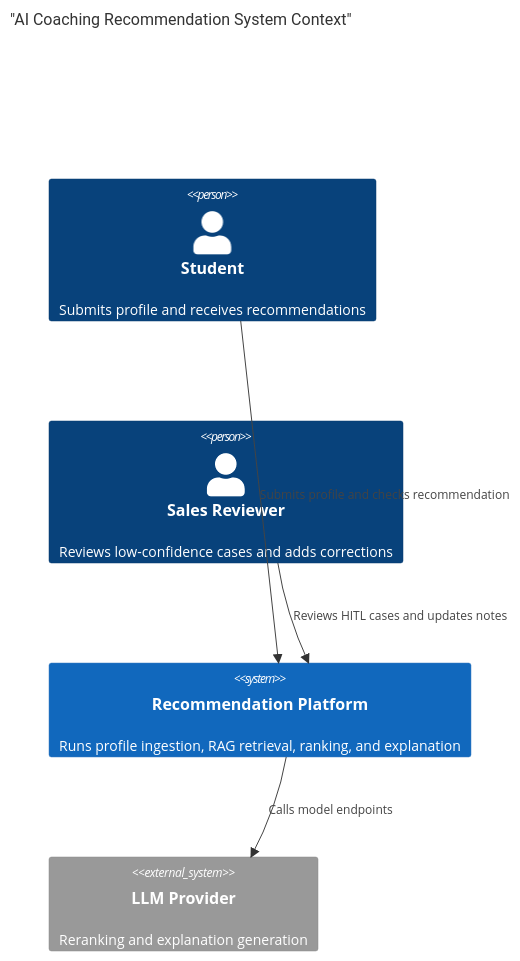
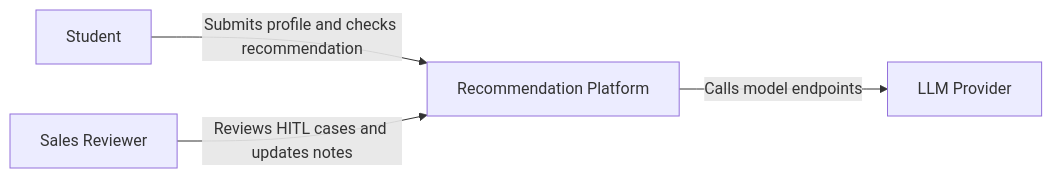
One commit to JackTran15/TF_AI_Engineer_Assignment changed the first of 4 diagrams in architecture.md. Above: the diagram before and after it, drawn with Mermaid. The commit also changed other lines of this file and 8 other files, not shown here.

````diff
--- a/architecture.md
+++ b/architecture.md
@@ -13,11 +13,11 @@
 ```mermaid
-C4Context
-    title "AI Coaching Recommendation System Context"
-    Person(studentUser, "Student", "Submits profile and receives recommendations")
-    Person(salesReviewer, "Sales Reviewer", "Reviews low-confidence cases and adds corrections")
-    System(aiPlatform, "Recommendation Platform", "Runs profile ingestion, RAG retrieval, ranking, and explanation")
-    System_Ext(llmProvider, "LLM Provider", "Reranking and explanation generation")
-    Rel(studentUser, aiPlatform, "Submits profile and checks recommendation")
-    Rel(salesReviewer, aiPlatform, "Reviews HITL cases and updates notes")
-    Rel(aiPlatform, llmProvider, "Calls model endpoints")
+flowchart LR
+    studentUser["Student"]
+    salesReviewer["Sales Reviewer"]
+    aiPlatform["Recommendation Platform"]
+    llmProvider["LLM Provider"]
+
+    studentUser -->|"Submits profile and checks recommendation"| aiPlatform
+    salesReviewer -->|"Reviews HITL cases and updates notes"| aiPlatform
+    aiPlatform -->|"Calls model endpoints"| llmProvider
 ```
````
